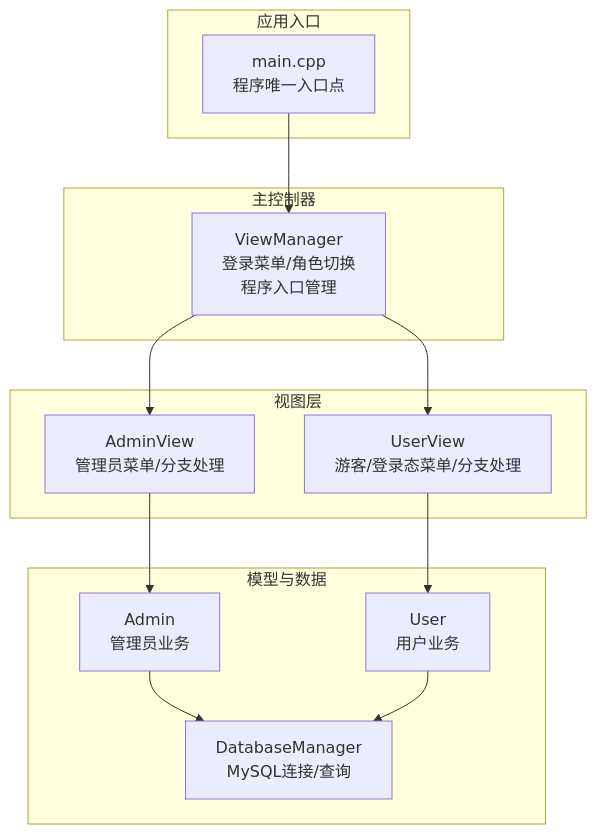
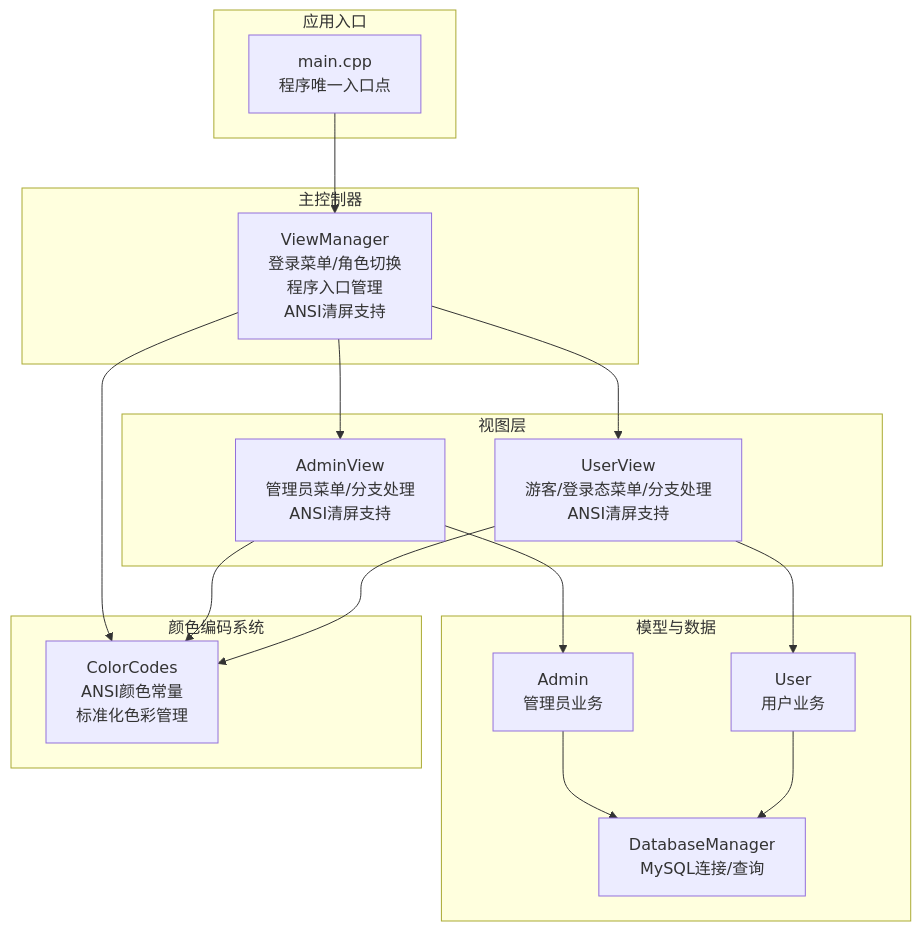
One commit to jinpeng900/OJ-Test changed the first of 7 diagrams in .qoder/repowiki/zh/content/系统架构设计/视图管理层设计.md. Above: the diagram before and after it, drawn with Mermaid. The commit also changed other lines of this file and 5 other files, not shown here.

````diff
--- a/.qoder/repowiki/zh/content/系统架构设计/视图管理层设计.md
+++ b/.qoder/repowiki/zh/content/系统架构设计/视图管理层设计.md
@@ -41,25 +51,31 @@
 ```mermaid
 graph TB
 subgraph "应用入口"
 MAIN["main.cpp<br/>程序唯一入口点"]
 end
 subgraph "主控制器"
-VM["ViewManager<br/>登录菜单/角色切换<br/>程序入口管理"]
+VM["ViewManager<br/>登录菜单/角色切换<br/>程序入口管理<br/>ANSI清屏支持"]
 end
 subgraph "视图层"
-AV["AdminView<br/>管理员菜单/分支处理"]
-UV["UserView<br/>游客/登录态菜单/分支处理"]
+AV["AdminView<br/>管理员菜单/分支处理<br/>ANSI清屏支持"]
+UV["UserView<br/>游客/登录态菜单/分支处理<br/>ANSI清屏支持"]
 end
 subgraph "模型与数据"
 ADM["Admin<br/>管理员业务"]
 USR["User<br/>用户业务"]
 DB["DatabaseManager<br/>MySQL连接/查询"]
+end
+subgraph "颜色编码系统"
+CC["ColorCodes<br/>ANSI颜色常量<br/>标准化色彩管理"]
 end
 MAIN --> VM
 VM --> AV
 VM --> UV
 AV --> ADM
 UV --> USR
 ADM --> DB
 USR --> DB
+VM --> CC
+AV --> CC
+UV --> CC
 ```
````
